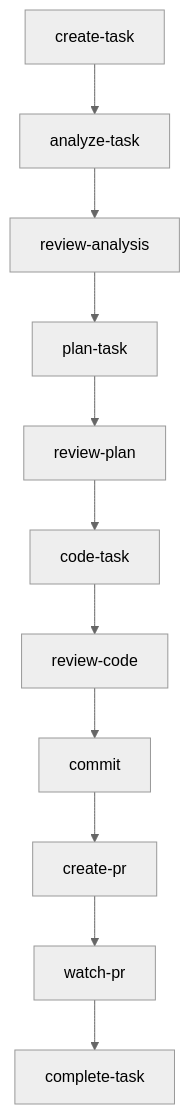
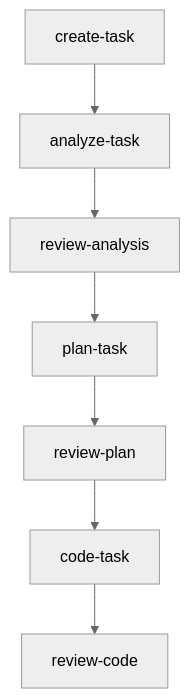
One commit to fitlab-ai/agent-infra changed the first of 2 diagrams in docs/en/architecture.md. Above: the diagram before and after it, drawn with Mermaid (neutral theme). The commit also changed other lines of this file and 1 other file, not shown here.

Commit message:
docs(architecture): clarify runtime entry and delivery routes

````diff
--- a/docs/en/architecture.md
+++ b/docs/en/architecture.md
@@ -15,7 +15,6 @@
 ```mermaid
 flowchart TD
   CT["create-task"] --> A["analyze-task"] --> RA["review-analysis"]
   RA --> P["plan-task"] --> RP["review-plan"]
   RP --> C["code-task"] --> RC["review-code"]
-  RC --> COM["commit"] --> PR["create-pr"] --> W["watch-pr"] --> DONE["complete-task"]
 ```
````
